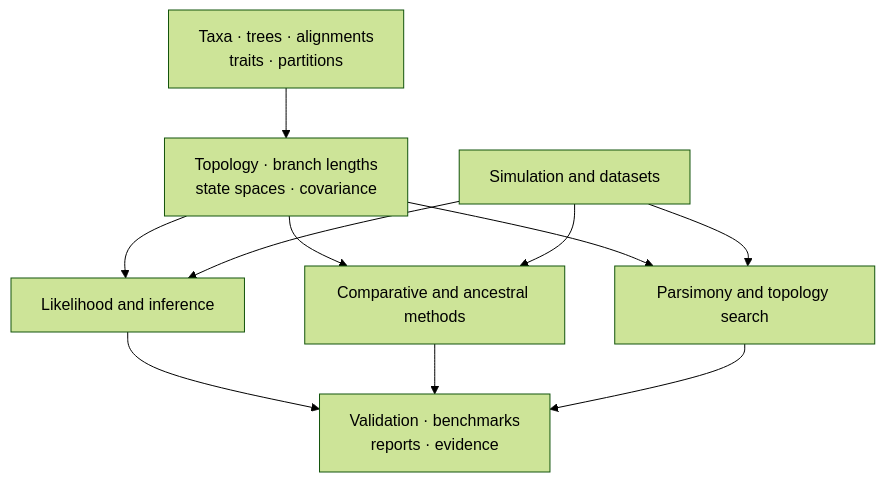
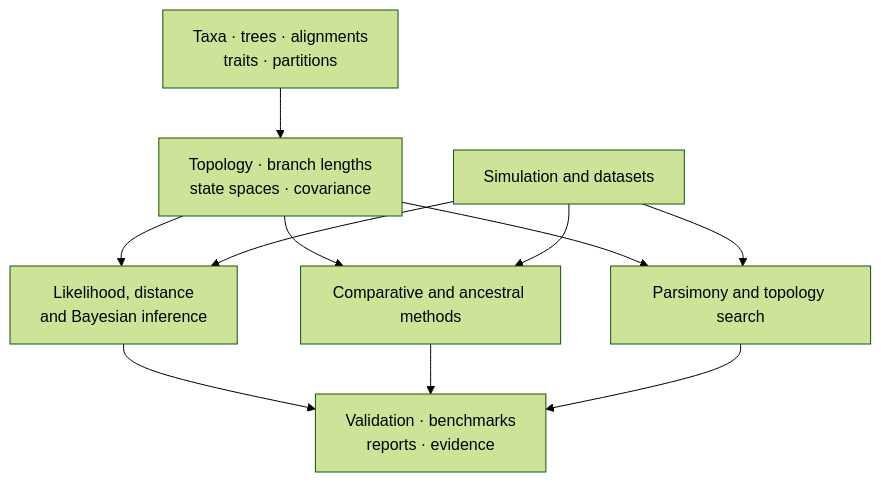
One commit to bijux/bijux-phylogenetics changed the first of 2 diagrams in docs/02-bijux-phylogenetics-domains/index.md. Above: the diagram before and after it, drawn with Mermaid (forest theme). The commit also changed other lines of this file and 5 other files, not shown here.

Commit message:
docs(inference): define distance and posterior contracts

````diff
--- a/docs/02-bijux-phylogenetics-domains/index.md
+++ b/docs/02-bijux-phylogenetics-domains/index.md
@@ -18,21 +18,21 @@
 ```mermaid
 flowchart TB
     inputs["Taxa · trees · alignments<br/>traits · partitions"]
     foundations["Topology · branch lengths<br/>state spaces · covariance"]
-    likelihood["Likelihood and inference"]
+    likelihood["Likelihood, distance<br/>and Bayesian inference"]
     comparative["Comparative and ancestral methods"]
     parsimony["Parsimony and topology search"]
     context["Simulation and datasets"]
     review["Validation · benchmarks<br/>reports · evidence"]
 
     inputs --> foundations
     foundations --> likelihood
     foundations --> comparative
     foundations --> parsimony
     context --> likelihood
     context --> comparative
     context --> parsimony
     likelihood --> review
     comparative --> review
     parsimony --> review
 ```
````
